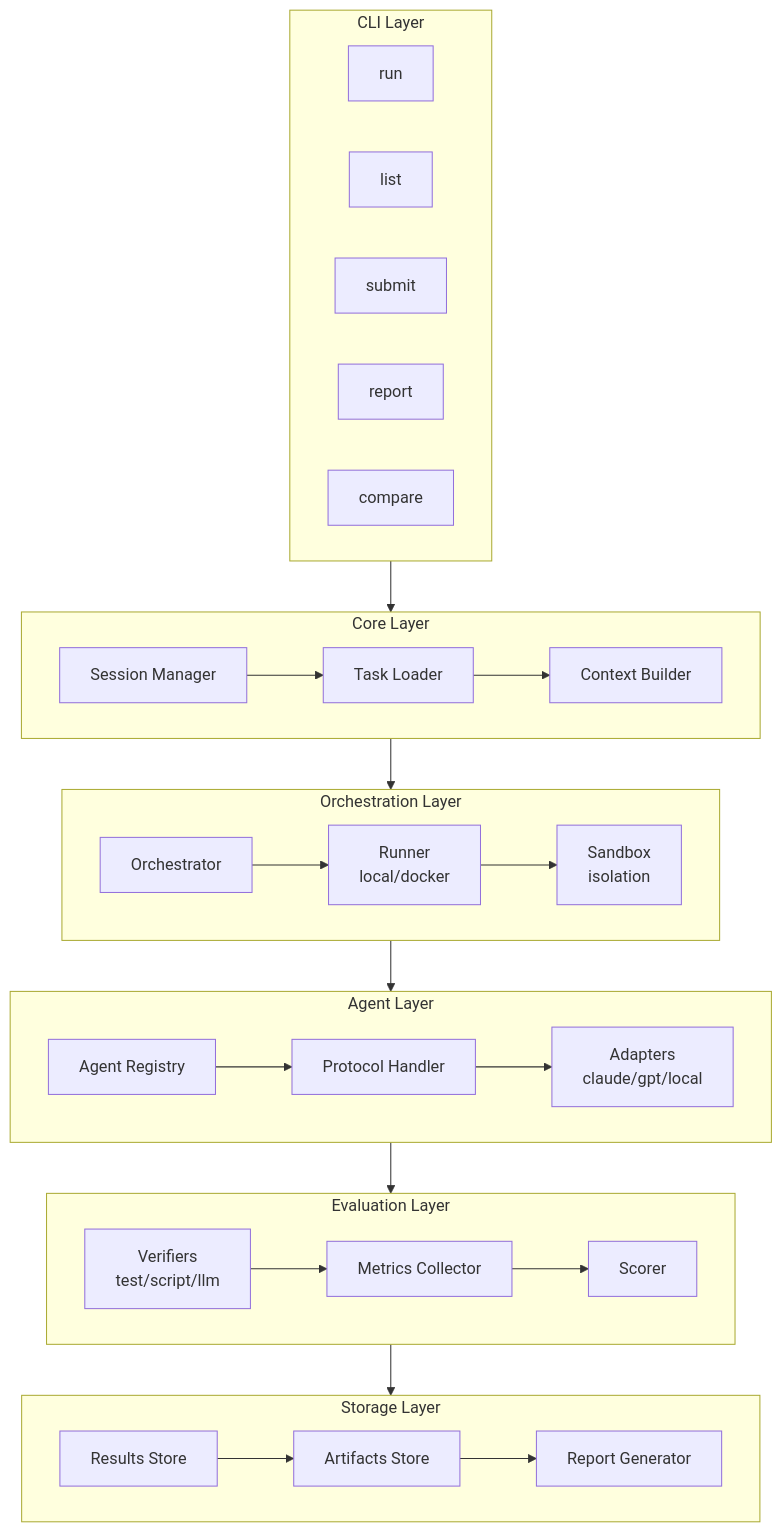
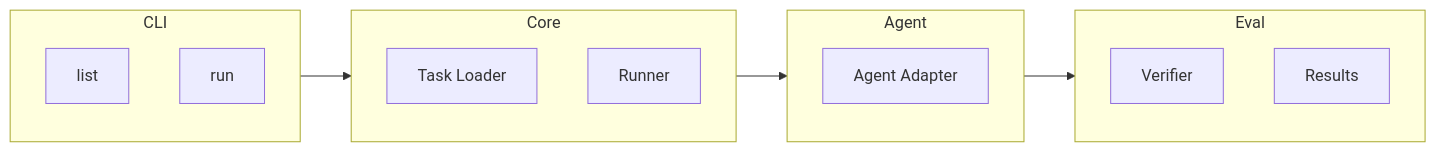
The diagram in README.md (jiahaoxiang2000/agent-bench), drawn with Mermaid before and after one commit. The commit also changed other lines of this file, not shown here.

First line of the commit message:
📝 docs: Simplify README with MVP-focused architecture and streamlined content

````diff
--- a/README.md
+++ b/README.md
@@ -178,51 +87,25 @@
 ```mermaid
-flowchart TB
-    subgraph CLI["CLI Layer"]
+flowchart LR
+    subgraph CLI
+        list[list]
         run[run]
-        list[list]
-        submit[submit]
-        report[report]
-        compare[compare]
     end
 
-    subgraph Core["Core Layer"]
-        session[Session Manager]
+    subgraph Core
         task[Task Loader]
-        context[Context Builder]
-        session --> task --> context
+        runner[Runner]
     end
 
-    subgraph Orchestration["Orchestration Layer"]
-        orchestrator[Orchestrator]
-        runner[Runner<br/>local/docker]
-        sandbox[Sandbox<br/>isolation]
-        orchestrator --> runner --> sandbox
+    subgraph Agent
+        adapter[Agent Adapter]
     end
 
-    subgraph Agent["Agent Layer"]
-        registry[Agent Registry]
-        protocol[Protocol Handler]
-        adapters[Adapters<br/>claude/gpt/local]
-        registry --> protocol --> adapters
-    end
-
-    subgraph Evaluation["Evaluation Layer"]
-        verifiers[Verifiers<br/>test/script/llm]
-        metrics[Metrics Collector]
-        scorer[Scorer]
-        verifiers --> metrics --> scorer
-    end
-
-    subgraph Storage["Storage Layer"]
-        results[Results Store]
-        artifacts[Artifacts Store]
-        reports[Report Generator]
-        results --> artifacts --> reports
+    subgraph Eval
+        verifier[Verifier]
+        results[Results]
     end
 
     CLI --> Core
-    Core --> Orchestration
-    Orchestration --> Agent
-    Agent --> Evaluation
-    Evaluation --> Storage
+    Core --> Agent
+    Agent --> Eval
 ```
````
